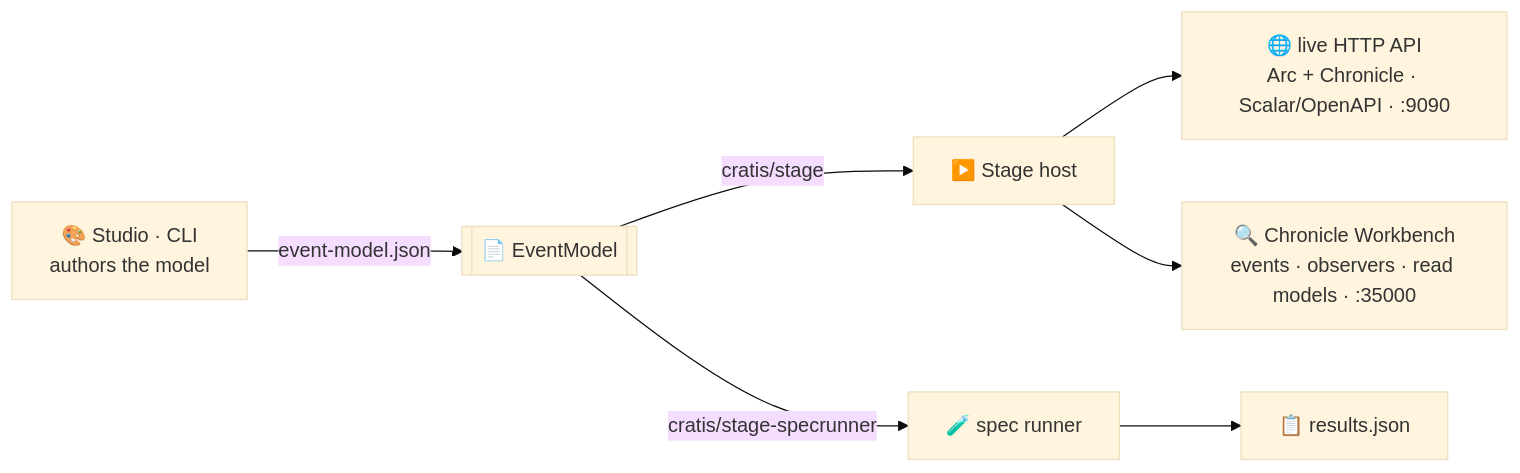
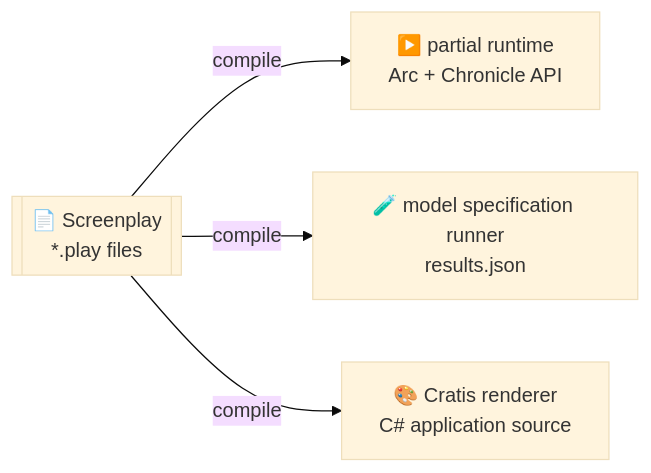
The diagram in README.md (Cratis/Stage), drawn with Mermaid (base theme) before and after one commit. The commit also changed other lines of this file and 2 other files, not shown here.

First line of the commit message:
Document current Stage responsibilities and limits

````diff
--- a/README.md
+++ b/README.md
@@ -49,9 +36,7 @@
 ```mermaid
 flowchart LR
-    Author["🎨 Studio · CLI<br/>authors the model"] -->|"event-model.json"| Model[["📄 EventModel"]]
-    Model -->|"cratis/stage"| Host["▶️ Stage host"]
-    Model -->|"cratis/stage-specrunner"| Spec["🧪 spec runner"]
-    Host --> Api["🌐 live HTTP API<br/>Arc + Chronicle · Scalar/OpenAPI · :9090"]
-    Host --> Workbench["🔍 Chronicle Workbench<br/>events · observers · read models · :35000"]
-    Spec --> Results["📋 results.json"]
+    Play[["📄 Screenplay<br/>*.play files"]]
+    Play -->|compile| Runtime["▶️ partial runtime<br/>Arc + Chronicle API"]
+    Play -->|compile| Specs["🧪 model specification runner<br/>results.json"]
+    Play -->|compile| Renderer["🎨 Cratis renderer<br/>C# application source"]
 ```
````
